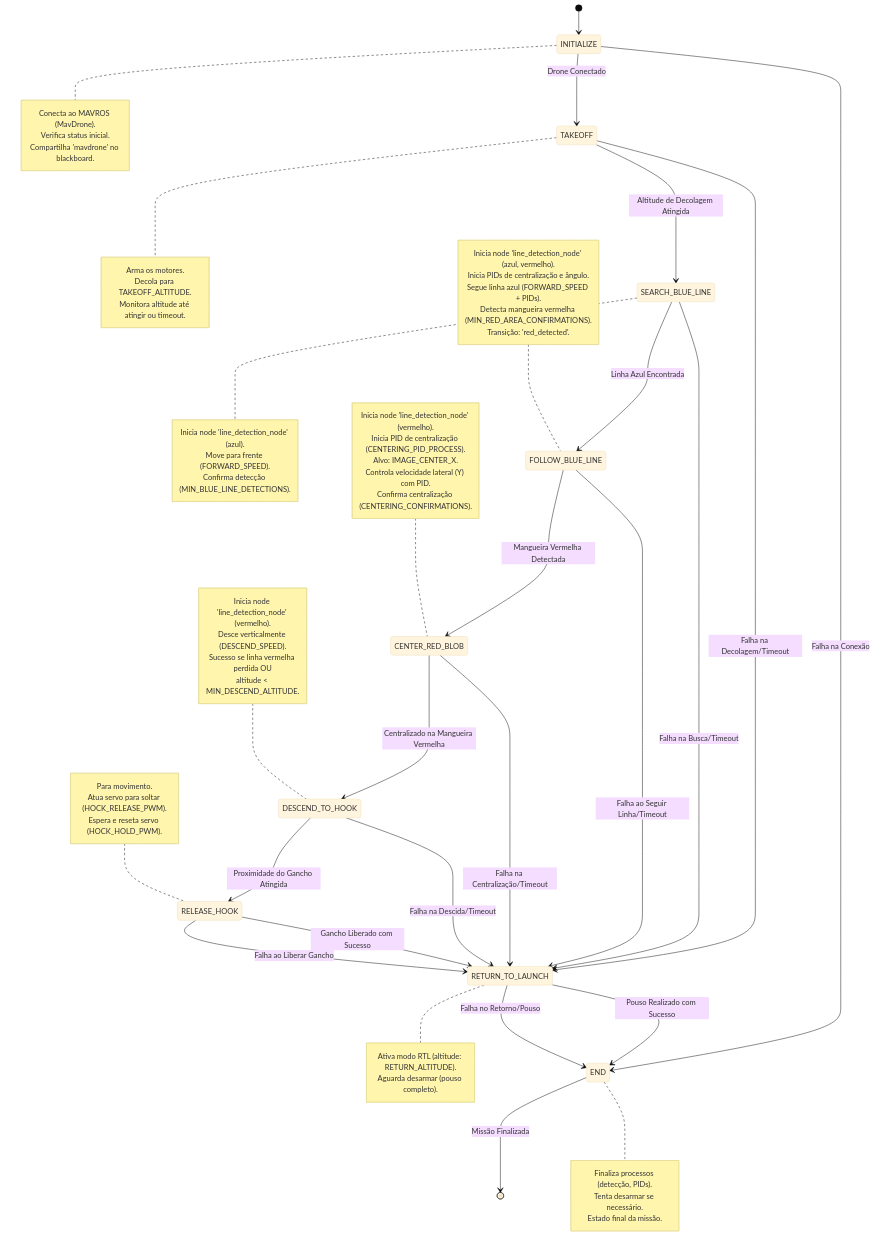
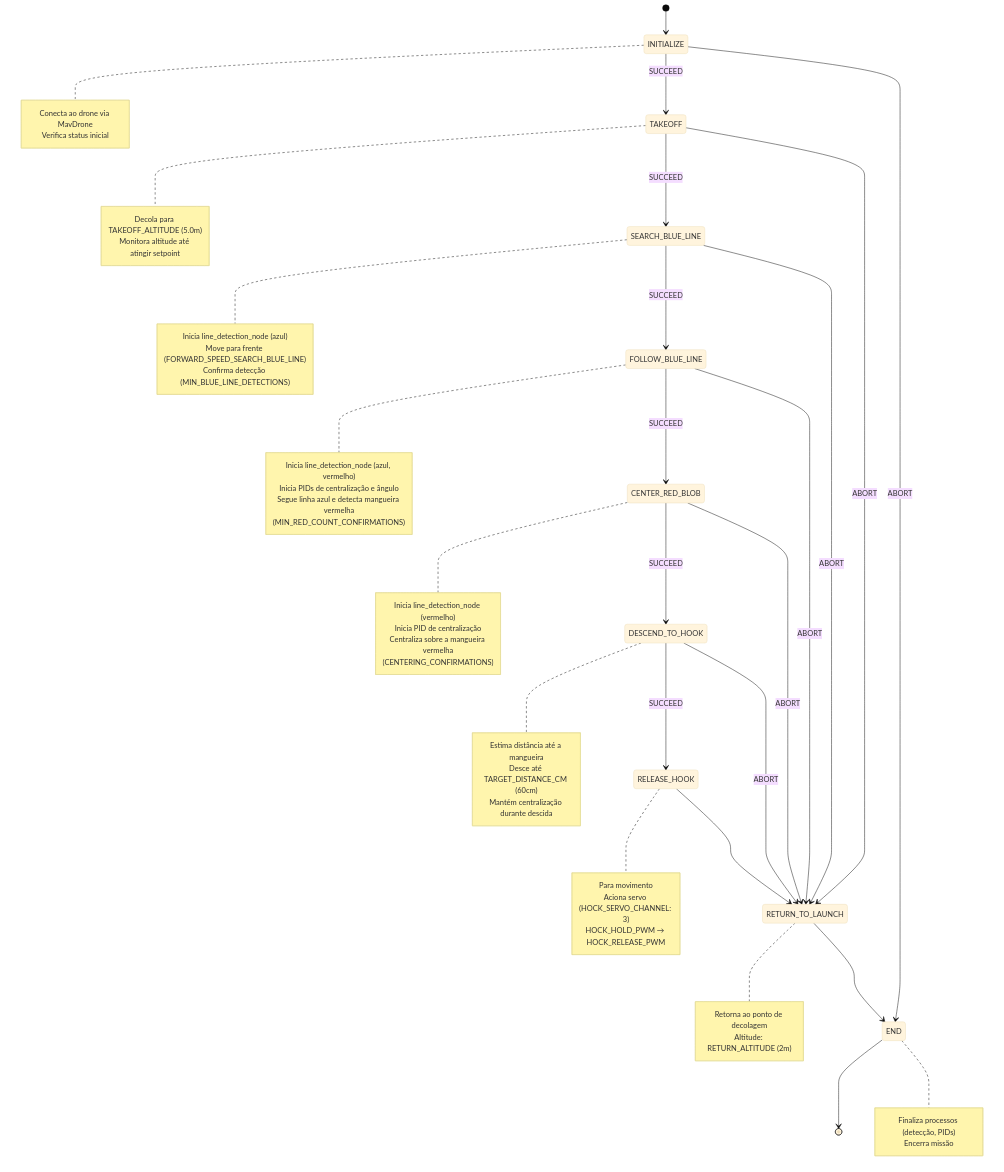
Before and after one commit to Black-Bee-Drones/SAE-Eletroquad: the first of 4 diagrams in README.md, drawn with Mermaid (base theme). The commit also changed other lines of this file, not shown here.

Commit message:
docs: Update state machine diagrams in README.md to include detailed notes and sub-state machines for improved clarity

````diff
--- a/README.md
+++ b/README.md
@@ -20,81 +20,75 @@
 ```mermaid
 stateDiagram-v2
-
+    direction TB
+    
+    %% Main State Machine (HangTheHookSM)
     [*] --> INITIALIZE
-
-    INITIALIZE --> TAKEOFF : Drone Conectado
-    INITIALIZE --> END : Falha na Conexão
-
-    TAKEOFF --> SEARCH_BLUE_LINE : Altitude de Decolagem Atingida
-    TAKEOFF --> RETURN_TO_LAUNCH : Falha na Decolagem/Timeout
-
-    SEARCH_BLUE_LINE --> FOLLOW_BLUE_LINE : Linha Azul Encontrada
-    SEARCH_BLUE_LINE --> RETURN_TO_LAUNCH : Falha na Busca/Timeout
-
-    FOLLOW_BLUE_LINE --> CENTER_RED_BLOB : Mangueira Vermelha Detectada
-    FOLLOW_BLUE_LINE --> RETURN_TO_LAUNCH : Falha ao Seguir Linha/Timeout
-
-    CENTER_RED_BLOB --> DESCEND_TO_HOOK : Centralizado na Mangueira Vermelha
-    CENTER_RED_BLOB --> RETURN_TO_LAUNCH : Falha na Centralização/Timeout
-
-    DESCEND_TO_HOOK --> RELEASE_HOOK : Proximidade do Gancho Atingida
-    DESCEND_TO_HOOK --> RETURN_TO_LAUNCH : Falha na Descida/Timeout
-
-    RELEASE_HOOK --> RETURN_TO_LAUNCH : Gancho Liberado com Sucesso
-    RELEASE_HOOK --> RETURN_TO_LAUNCH : Falha ao Liberar Gancho
-
-    RETURN_TO_LAUNCH --> END : Pouso Realizado com Sucesso
-    RETURN_TO_LAUNCH --> END : Falha no Retorno/Pouso
-
-    END --> [*] : Missão Finalizada
-
+    INITIALIZE --> TAKEOFF : SUCCEED
+    INITIALIZE --> END : ABORT
+    TAKEOFF --> SEARCH_BLUE_LINE : SUCCEED
+    TAKEOFF --> RETURN_TO_LAUNCH : ABORT
+    SEARCH_BLUE_LINE --> FOLLOW_BLUE_LINE : SUCCEED
+    SEARCH_BLUE_LINE --> RETURN_TO_LAUNCH : ABORT
+    FOLLOW_BLUE_LINE --> CENTER_RED_BLOB : SUCCEED
+    FOLLOW_BLUE_LINE --> RETURN_TO_LAUNCH : ABORT
+    CENTER_RED_BLOB --> DESCEND_TO_HOOK : SUCCEED
+    CENTER_RED_BLOB --> RETURN_TO_LAUNCH : ABORT
+    DESCEND_TO_HOOK --> RELEASE_HOOK : SUCCEED
+    DESCEND_TO_HOOK --> RETURN_TO_LAUNCH : ABORT
+    RELEASE_HOOK --> RETURN_TO_LAUNCH
+    RETURN_TO_LAUNCH --> END
+    END --> [*]
+    
+    %% Notes for each state
     note right of INITIALIZE
-        Conecta ao MAVROS (MavDrone).
-        Verifica status inicial.
-        Compartilha 'mavdrone' no blackboard.
+        Conecta ao drone via MavDrone
+        Verifica status inicial
     end note
+    
     note right of TAKEOFF
-        Arma os motores.
-        Decola para TAKEOFF_ALTITUDE.
-        Monitora altitude até atingir ou timeout.
+        Decola para TAKEOFF_ALTITUDE (5.0m)
+        Monitora altitude até atingir setpoint
     end note
+    
     note right of SEARCH_BLUE_LINE
-        Inicia node 'line_detection_node' (azul).
-        Move para frente (FORWARD_SPEED).
-        Confirma detecção (MIN_BLUE_LINE_DETECTIONS).
+        Inicia line_detection_node (azul)
+        Move para frente (FORWARD_SPEED_SEARCH_BLUE_LINE)
+        Confirma detecção (MIN_BLUE_LINE_DETECTIONS)
     end note
-    note left of FOLLOW_BLUE_LINE
-        Inicia node 'line_detection_node' (azul, vermelho).
-        Inicia PIDs de centralização e ângulo.
-        Segue linha azul (FORWARD_SPEED + PIDs).
-        Detecta mangueira vermelha (MIN_RED_AREA_CONFIRMATIONS).
-        Transição: 'red_detected'.
+    
+    note right of FOLLOW_BLUE_LINE
+        Inicia line_detection_node (azul, vermelho)
+        Inicia PIDs de centralização e ângulo
+        Segue linha azul e detecta mangueira vermelha
+        (MIN_RED_COUNT_CONFIRMATIONS)
     end note
-    note left of CENTER_RED_BLOB
-        Inicia node 'line_detection_node' (vermelho).
-        Inicia PID de centralização (CENTERING_PID_PROCESS).
-        Alvo: IMAGE_CENTER_X.
-        Controla velocidade lateral (Y) com PID.
-        Confirma centralização (CENTERING_CONFIRMATIONS).
+    
+    note right of CENTER_RED_BLOB
+        Inicia line_detection_node (vermelho)
+        Inicia PID de centralização
+        Centraliza sobre a mangueira vermelha
+        (CENTERING_CONFIRMATIONS)
     end note
-    note left of DESCEND_TO_HOOK
-        Inicia node 'line_detection_node' (vermelho).
-        Desce verticalmente (DESCEND_SPEED).
-        Sucesso se linha vermelha perdida OU
-        altitude < MIN_DESCEND_ALTITUDE.
+    
+    note right of DESCEND_TO_HOOK
+        Estima distância até a mangueira
+        Desce até TARGET_DISTANCE_CM (60cm)
+        Mantém centralização durante descida
     end note
-    note left of RELEASE_HOOK
-        Para movimento.
-        Atua servo para soltar (HOCK_RELEASE_PWM).
-        Espera e reseta servo (HOCK_HOLD_PWM).
+    
+    note right of RELEASE_HOOK
+        Para movimento
+        Aciona servo (HOCK_SERVO_CHANNEL: 3)
+        HOCK_HOLD_PWM → HOCK_RELEASE_PWM
     end note
+    
     note right of RETURN_TO_LAUNCH
-        Ativa modo RTL (altitude: RETURN_ALTITUDE).
-        Aguarda desarmar (pouso completo).
+        Retorna ao ponto de decolagem
+        Altitude: RETURN_ALTITUDE (2m)
     end note
+    
     note right of END
-        Finaliza processos (detecção, PIDs).
-        Tenta desarmar se necessário.
-        Estado final da missão.
+        Finaliza processos (detecção, PIDs)
+        Encerra missão
     end note
 ```
````
